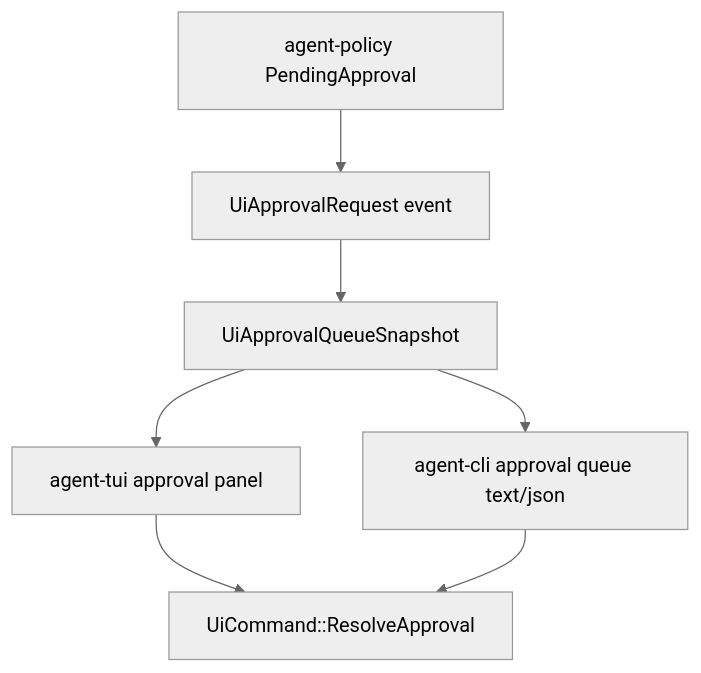
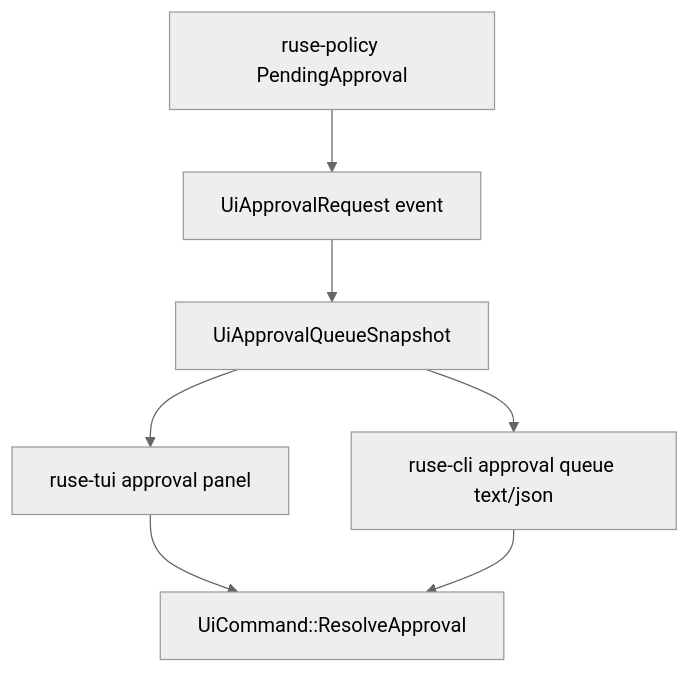
Before and after one commit to poneding/agent: the diagram in docs/specs/M59-03-approval-queue-permission-review.spec.md, drawn with Mermaid (neutral theme). The commit also changed other lines of this file and 2091 other files, not shown here.

First line of the commit message:
refactor: rename agent branding to ruse

````diff
--- a/docs/specs/M59-03-approval-queue-permission-review.spec.md
+++ b/docs/specs/M59-03-approval-queue-permission-review.spec.md
@@ -34,9 +34,9 @@
 ```mermaid
 flowchart TD
-  Policy["agent-policy PendingApproval"] --> BridgeEvent["UiApprovalRequest event"]
+  Policy["ruse-policy PendingApproval"] --> BridgeEvent["UiApprovalRequest event"]
   BridgeEvent --> Queue["UiApprovalQueueSnapshot"]
-  Queue --> CLI["agent-cli approval queue text/json"]
-  Queue --> TUI["agent-tui approval panel"]
+  Queue --> CLI["ruse-cli approval queue text/json"]
+  Queue --> TUI["ruse-tui approval panel"]
   TUI --> Command["UiCommand::ResolveApproval"]
   CLI --> Command
 ```
````
